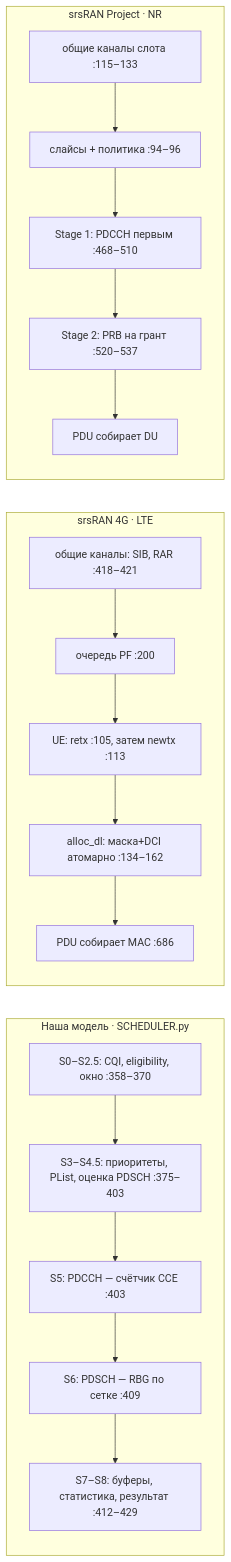
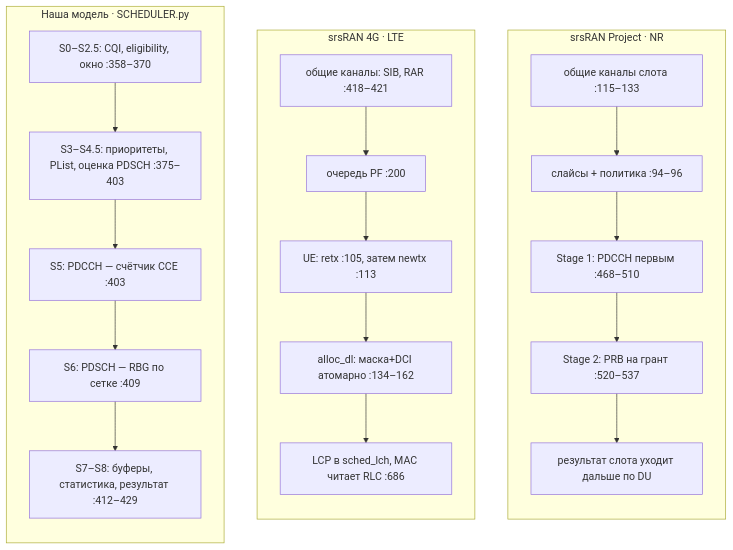
The third of 5 diagrams in weeks/docs/week_03_report.md (dokbrawn/REC-S5), drawn with Mermaid before and after one commit. The commit also changed other lines of this file and 5 other files, not shown here.

````diff
--- a/weeks/docs/week_03_report.md
+++ b/weeks/docs/week_03_report.md
@@ -203,24 +216,25 @@
 ```mermaid
 flowchart LR
     subgraph OURS["Наша модель · SCHEDULER.py"]
         direction TB
         O0["S0–S2.5: CQI, eligibility, окно :358–370"] --> O3["S3–S4.5: приоритеты, PList, оценка PDSCH :375–403"]
         O3 --> O5["S5: PDCCH — счётчик CCE :403"]
         O5 --> O6["S6: PDSCH — RBG по сетке :409"]
         O6 --> O7["S7–S8: буферы, статистика, результат :412–429"]
     end
     subgraph FOURG["srsRAN 4G · LTE"]
         direction TB
         F1["общие каналы: SIB, RAR :418–421"] --> F2["очередь PF :200"]
         F2 --> F3["UE: retx :105, затем newtx :113"]
         F3 --> F4["alloc_dl: маска+DCI атомарно :134–162"]
-        F4 --> F5["PDU собирает MAC :686"]
+        F4 --> F5["LCP в sched_lch, MAC читает RLC :686"]
     end
     subgraph PROJ["srsRAN Project · NR"]
         direction TB
         P1["общие каналы слота :115–133"] --> P2["слайсы + политика :94–96"]
         P2 --> P3["Stage 1: PDCCH первым :468–510"]
         P3 --> P4["Stage 2: PRB на грант :520–537"]
-        P4 --> P5["PDU собирает DU"]
+        P4 --> P5["результат слота уходит дальше по DU"]
     end
+    OURS ~~~ FOURG ~~~ PROJ
 ```
````
